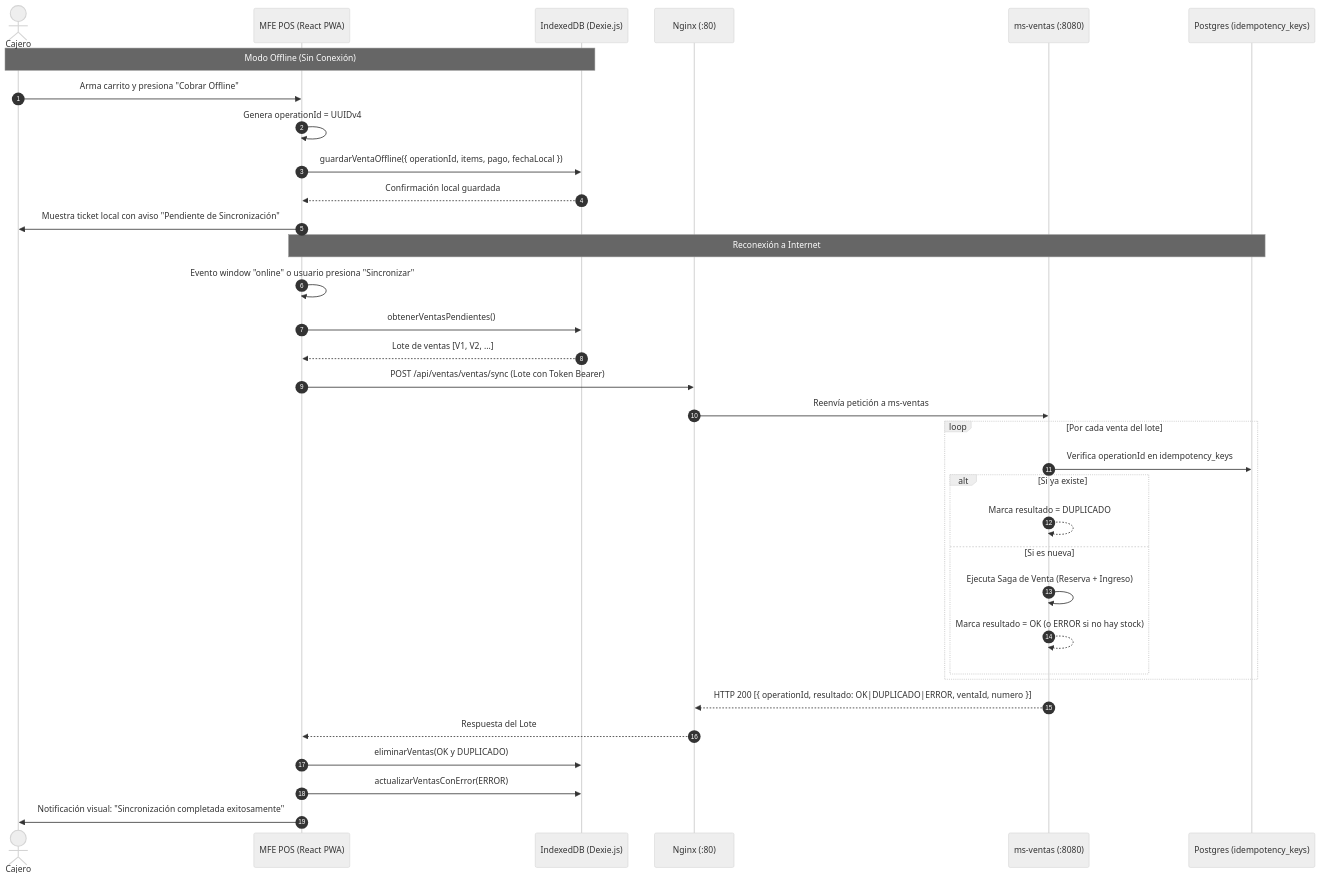
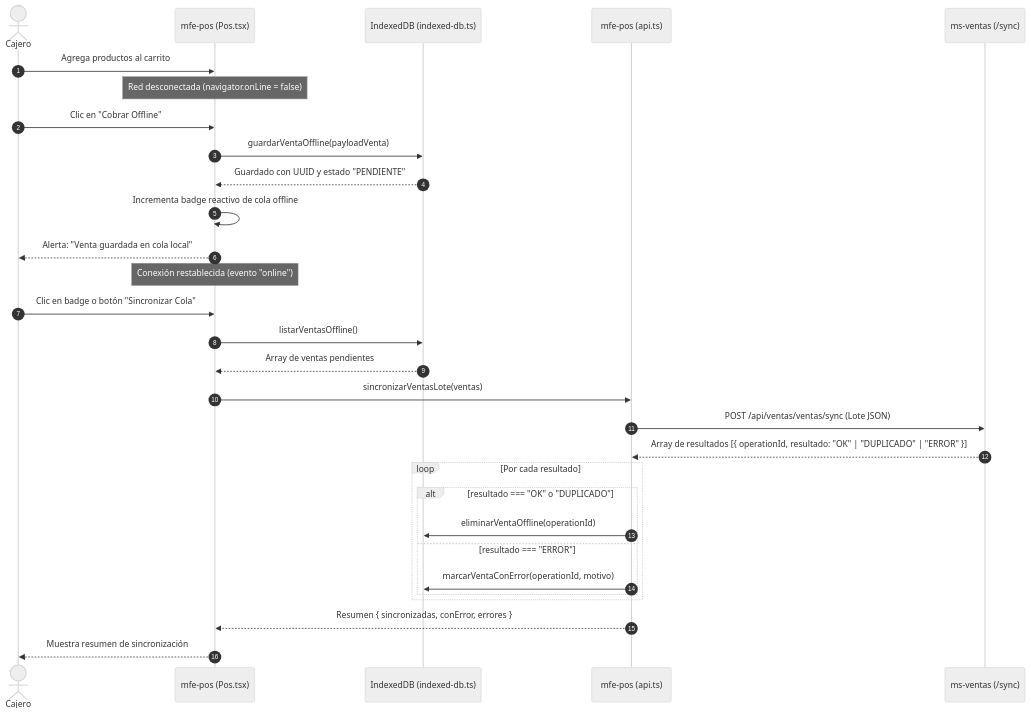
Before and after one commit to CodeWithElias/plataforma-licorer-a: the second of 3 diagrams in docs/plan-implementacion-dev2-semana3.md, drawn with Mermaid (neutral theme). The commit also changed other lines of this file, not shown here.

Commit message:
docs(dev2): actualizar guia de arquitectura, diagramas ICONIX y manual de pruebas de semana 3

````diff
--- a/docs/plan-implementacion-dev2-semana3.md
+++ b/docs/plan-implementacion-dev2-semana3.md
@@ -125,41 +81,35 @@
 ```mermaid
 sequenceDiagram
     autonumber
     actor Cajero
-    participant POS as MFE POS (React PWA)
-    participant Dexie as IndexedDB (Dexie.js)
-    participant Gateway as Nginx (:80)
-    participant Ventas as ms-ventas (:8080)
-    participant DB as Postgres (idempotency_keys)
+    participant UI as mfe-pos (Pos.tsx)
+    participant IDB as IndexedDB (indexed-db.ts)
+    participant API as mfe-pos (api.ts)
+    participant Ventas as ms-ventas (/sync)
 
-    Note over Cajero,Dexie: Modo Offline (Sin Conexión)
-    Cajero->>POS: Arma carrito y presiona "Cobrar Offline"
-    POS->>POS: Genera operationId = UUIDv4
-    POS->>Dexie: guardarVentaOffline({ operationId, items, pago, fechaLocal })
-    Dexie-->>POS: Confirmación local guardada
-    POS->>Cajero: Muestra ticket local con aviso "Pendiente de Sincronización"
+    Cajero->>UI: Agrega productos al carrito
+    Note over UI: Red desconectada (navigator.onLine = false)
+    Cajero->>UI: Clic en "Cobrar Offline"
+    UI->>IDB: guardarVentaOffline(payloadVenta)
+    IDB-->>UI: Guardado con UUID y estado "PENDIENTE"
+    UI->>UI: Incrementa badge reactivo de cola offline
+    UI-->>Cajero: Alerta: "Venta guardada en cola local"
 
-    Note over POS,DB: Reconexión a Internet
-    POS->>POS: Evento window "online" o usuario presiona "Sincronizar"
-    POS->>Dexie: obtenerVentasPendientes()
-    Dexie-->>POS: Lote de ventas [V1, V2, ...]
-    POS->>Gateway: POST /api/ventas/ventas/sync (Lote con Token Bearer)
-    Gateway->>Ventas: Reenvía petición a ms-ventas
-    
-    loop Por cada venta del lote
-        Ventas->>DB: Verifica operationId en idempotency_keys
-        alt Si ya existe
-            Ventas-->>Ventas: Marca resultado = DUPLICADO
-        else Si es nueva
-            Ventas->>Ventas: Ejecuta Saga de Venta (Reserva + Ingreso)
-            Ventas-->>Ventas: Marca resultado = OK (o ERROR si no hay stock)
+    Note over UI: Conexión restablecida (evento "online")
+    Cajero->>UI: Clic en badge o botón "Sincronizar Cola"
+    UI->>IDB: listarVentasOffline()
+    IDB-->>UI: Array de ventas pendientes
+    UI->>API: sincronizarVentasLote(ventas)
+    API->>Ventas: POST /api/ventas/ventas/sync (Lote JSON)
+    Ventas-->>API: Array de resultados [{ operationId, resultado: "OK" | "DUPLICADO" | "ERROR" }]
+
+    loop Por cada resultado
+        alt resultado === "OK" o "DUPLICADO"
+            API->>IDB: eliminarVentaOffline(operationId)
+        else resultado === "ERROR"
+            API->>IDB: marcarVentaConError(operationId, motivo)
         end
     end
-
-    Ventas-->>Gateway: HTTP 200 [{ operationId, resultado: OK|DUPLICADO|ERROR, ventaId, numero }]
-    Gateway-->>POS: Respuesta del Lote
-    
-    POS->>Dexie: eliminarVentas(OK y DUPLICADO)
-    POS->>Dexie: actualizarVentasConError(ERROR)
-    POS->>Cajero: Notificación visual: "Sincronización completada exitosamente"
+    API-->>UI: Resumen { sincronizadas, conError, errores }
+    UI-->>Cajero: Muestra resumen de sincronización
 ```
````
